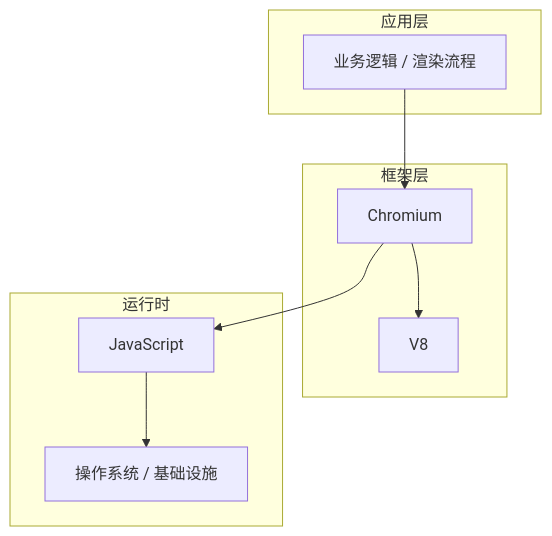
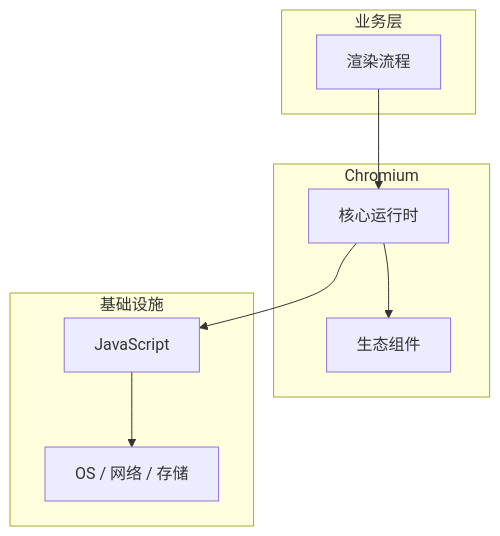
Before and after one commit to yanggan2015/knowledge-json-v2: the diagram in articles/浏览器原理/chapters/007-渲染流程核心概念与原理.md, drawn with Mermaid. The commit also changed other lines of this file and 10127 other files, not shown here.

````diff
--- a/articles/浏览器原理/chapters/007-渲染流程核心概念与原理.md
+++ b/articles/浏览器原理/chapters/007-渲染流程核心概念与原理.md
@@ -45,18 +34,18 @@
 ```mermaid
 graph TB
-    subgraph 应用层
-        A[业务逻辑 / 渲染流程]
+    subgraph 业务层
+        A[渲染流程]
     end
-    subgraph 框架层
-        B[Chromium]
-        C[V8]
+    subgraph Chromium
+        B[核心运行时]
+        C[生态组件]
     end
-    subgraph 运行时
+    subgraph 基础设施
         D[JavaScript]
-        E[操作系统 / 基础设施]
+        E[OS / 网络 / 存储]
     end
     A --> B
     B --> C
     B --> D
     D --> E
 ```
````
